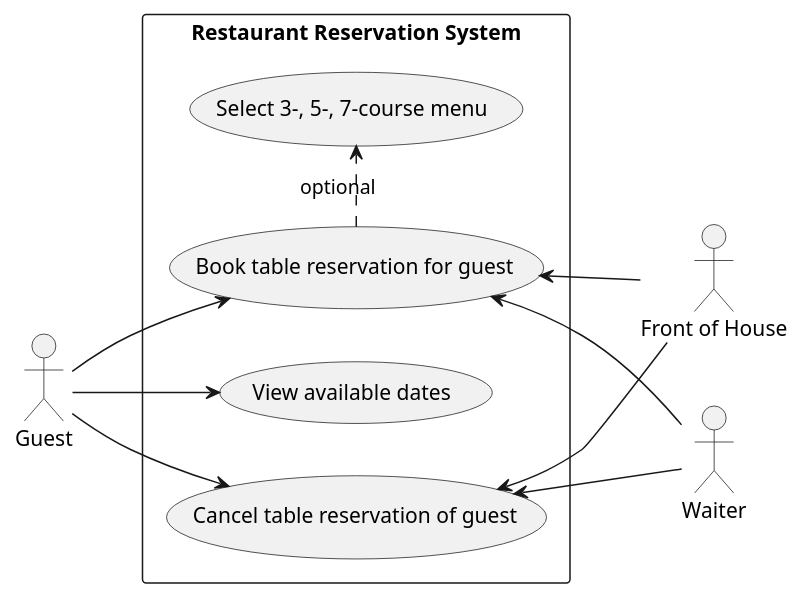
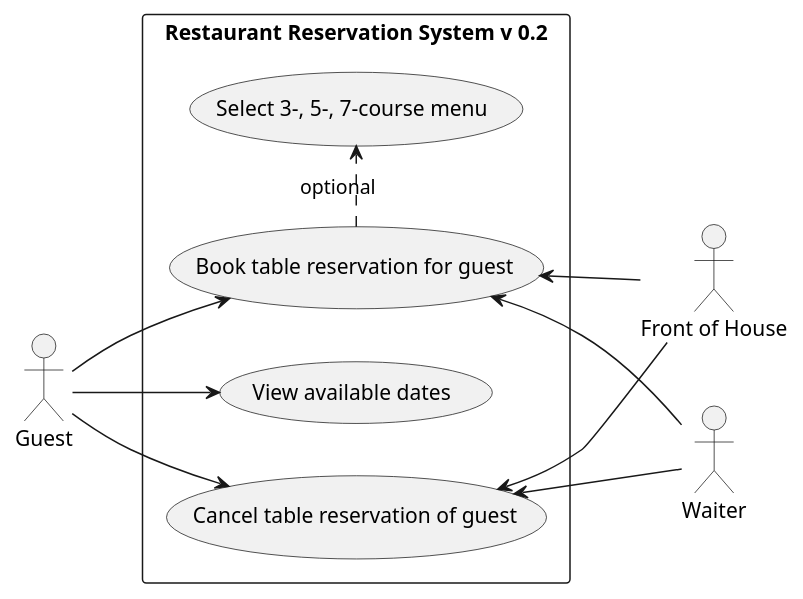
Before and after one commit to mrjink/molveno: the diagram in src/main/docs/uml/use-case/restaurant/reservation.puml, drawn with PlantUML. The commit also changed 6 other files, not shown here.

```diff
--- a/src/main/docs/uml/use-case/restaurant/reservation.puml
+++ b/src/main/docs/uml/use-case/restaurant/reservation.puml
@@ -1,29 +1,29 @@
 @startuml
 
 left to right direction
 
 actor "Front of House" as FoH
 actor Waiter
 actor Guest
 
-rectangle "Restaurant Reservation System" {
+rectangle "Restaurant Reservation System v 0.2" {
     (View available dates) as (TableAll)
     (Book table reservation for guest) as (TableBook)
     (Select 3-, 5-, 7-course menu) as (TableCourse)
     (Cancel table reservation of guest) as (TableCancel)
 
     Guest --> (TableAll)
     Guest --> (TableBook)
 '    Guest ..> (TableCourse) : optional
     (TableBook) .> (TableCourse) : optional
     Guest --> (TableCancel)
 
     (TableBook) <-- Waiter
     (TableCancel) <-- Waiter
 
     (TableBook) <-- FoH
     (TableCancel) <-- FoH
 
 }
 
 @enduml
```
